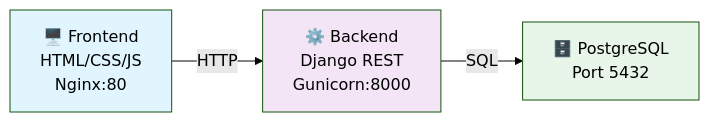
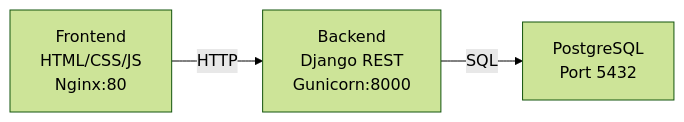
The second of 5 diagrams in README.md (agughost1234/Simulaci-n_Proyecto_Final), drawn with Mermaid (forest theme) before and after one commit. The commit also changed other lines of this file, not shown here.

````diff
--- a/README.md
+++ b/README.md
@@ -30,13 +30,9 @@
 ```mermaid
 graph LR
-    FE["🖥️ Frontend<br/>HTML/CSS/JS<br/>Nginx:80"]
-    API["⚙️ Backend<br/>Django REST<br/>Gunicorn:8000"]
-    DB["🗄️ PostgreSQL<br/>Port 5432"]
+    FE["Frontend<br/>HTML/CSS/JS<br/>Nginx:80"]
+    API["Backend<br/>Django REST<br/>Gunicorn:8000"]
+    DB["PostgreSQL<br/>Port 5432"]
     
     FE -->|HTTP| API
     API -->|SQL| DB
-    
-    style FE fill:#e1f5ff
-    style API fill:#f3e5f5
-    style DB fill:#e8f5e9
 ```
````
